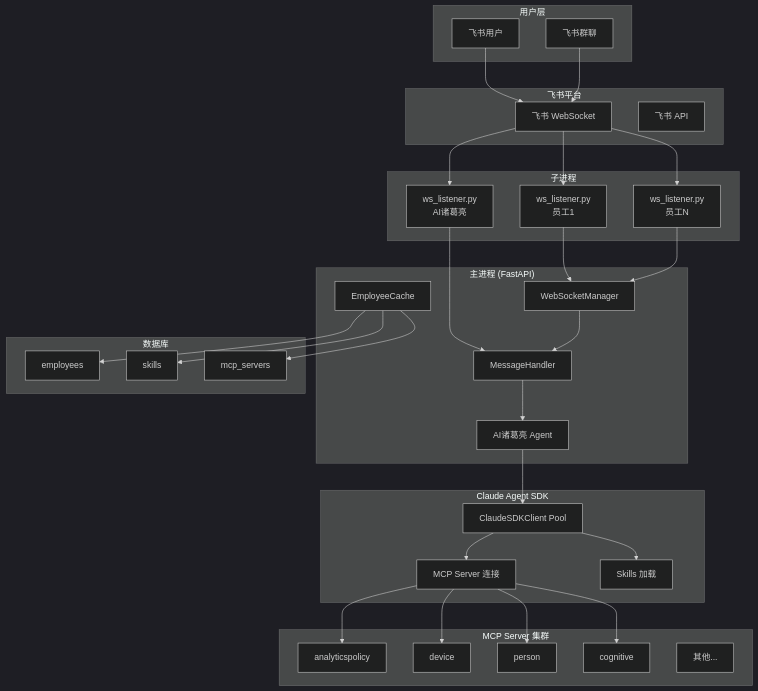
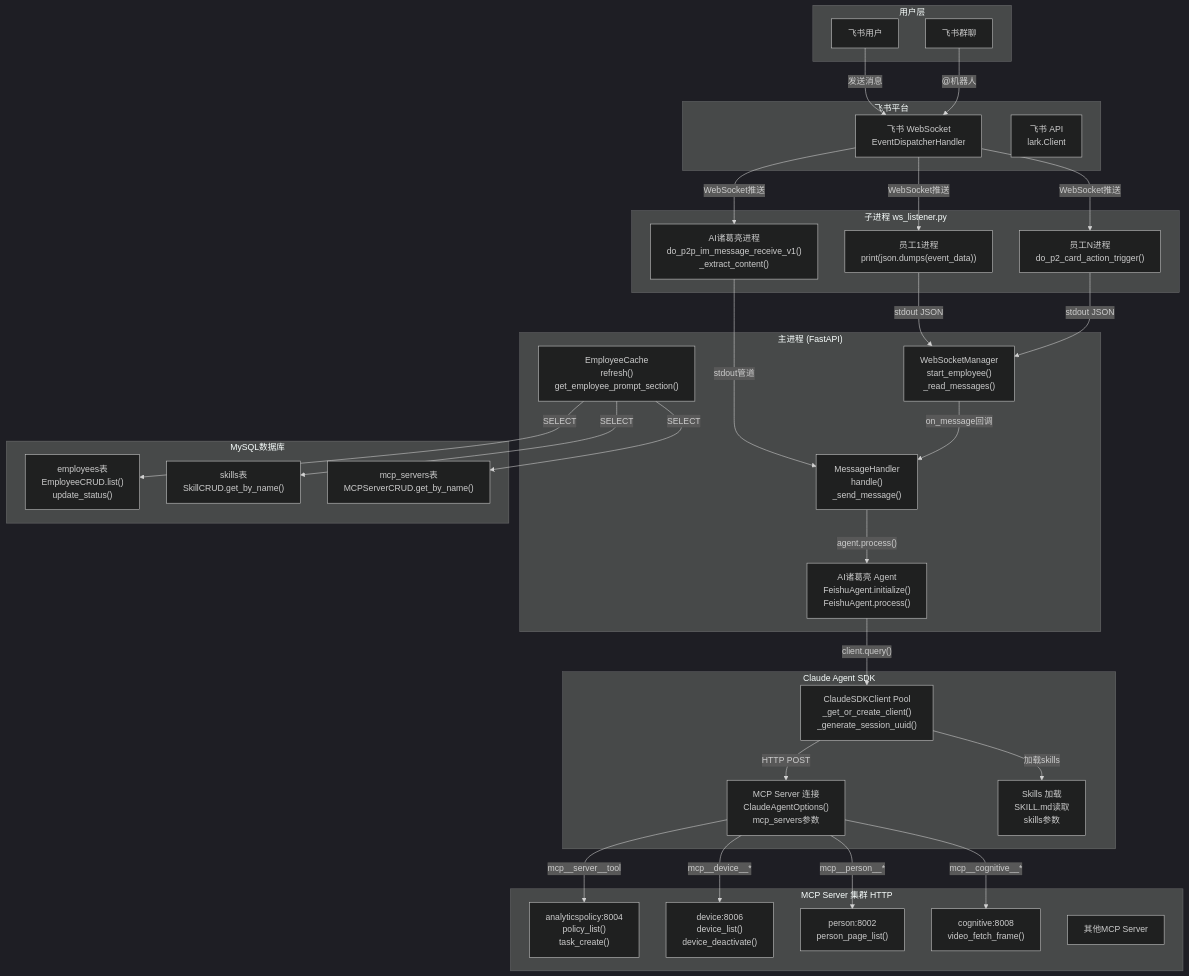
One commit to xiaocaipi/mm-doc changed the first of 8 diagrams in agent/code_flow_analysis_feishu_agent_deep.md. Above: the diagram before and after it, drawn with Mermaid (dark theme). The commit also changed other lines of this file, not shown here.

````diff
--- a/agent/code_flow_analysis_feishu_agent_deep.md
+++ b/agent/code_flow_analysis_feishu_agent_deep.md
@@ -23,66 +23,66 @@
 ```mermaid
 flowchart TB
     subgraph User["用户层"]
         U1["飞书用户"]
         U2["飞书群聊"]
     end
     
     subgraph Feishu["飞书平台"]
-        F1["飞书 WebSocket"]
-        F2["飞书 API"]
+        F1["飞书 WebSocket<br/>EventDispatcherHandler"]
+        F2["飞书 API<br/>lark.Client"]
     end
     
     subgraph MainProcess["主进程 (FastAPI)"]
-        M1["AI诸葛亮 Agent"]
-        M2["WebSocketManager"]
-        M3["EmployeeCache"]
-        M4["MessageHandler"]
+        M1["AI诸葛亮 Agent<br/>FeishuAgent.initialize()<br/>FeishuAgent.process()"]
+        M2["WebSocketManager<br/>start_employee()<br/>_read_messages()"]
+        M3["EmployeeCache<br/>refresh()<br/>get_employee_prompt_section()"]
+        M4["MessageHandler<br/>handle()<br/>_send_message()"]
     end
     
-    subgraph SubProcess["子进程"]
-        S1["ws_listener.py<br/>AI诸葛亮"]
-        S2["ws_listener.py<br/>员工1"]
-        S3["ws_listener.py<br/>员工N"]
+    subgraph SubProcess["子进程 ws_listener.py"]
+        S1["AI诸葛亮进程<br/>do_p2p_im_message_receive_v1()<br/>_extract_content()"]
+        S2["员工1进程<br/>print(json.dumps(event_data))"]
+        S3["员工N进程<br/>do_p2_card_action_trigger()"]
     end
     
     subgraph SDK["Claude Agent SDK"]
-        C1["ClaudeSDKClient Pool"]
-        C2["MCP Server 连接"]
-        C3["Skills 加载"]
+        C1["ClaudeSDKClient Pool<br/>_get_or_create_client()<br/>_generate_session_uuid()"]
+        C2["MCP Server 连接<br/>ClaudeAgentOptions()<br/>mcp_servers参数"]
+        C3["Skills 加载<br/>SKILL.md读取<br/>skills参数"]
     end
     
-    subgraph MCP["MCP Server 集群"]
-        P1["analyticspolicy"]
-        P2["device"]
-        P3["person"]
-        P4["cognitive"]
-        P5["其他..."]
+    subgraph MCP["MCP Server 集群 HTTP"]
+        P1["analyticspolicy:8004<br/>policy_list()<br/>task_create()"]
+        P2["device:8006<br/>device_list()<br/>device_deactivate()"]
+        P3["person:8002<br/>person_page_list()"]
+        P4["cognitive:8008<br/>video_fetch_frame()"]
+        P5["其他MCP Server"]
     end
     
-    subgraph Database["数据库"]
-        D1["employees"]
-        D2["skills"]
-        D3["mcp_servers"]
+    subgraph Database["MySQL数据库"]
+        D1["employees表<br/>EmployeeCRUD.list()<br/>update_status()"]
+        D2["skills表<br/>SkillCRUD.get_by_name()"]
+        D3["mcp_servers表<br/>MCPServerCRUD.get_by_name()"]
     end
     
-    U1 --> F1
-    U2 --> F1
-    F1 --> S1
-    F1 --> S2
-    F1 --> S3
-    S1 --> M4
-    S2 --> M2
-    S3 --> M2
-    M4 --> M1
-    M2 --> M4
-    M1 --> C1
-    C1 --> C2
-    C2 --> P1
-    C2 --> P2
-    C2 --> P3
-    C2 --> P4
-    C1 --> C3
-    M3 --> D1
-    M3 --> D2
-    M3 --> D3
+    U1 -->|"发送消息"| F1
+    U2 -->|"@机器人"| F1
+    F1 -->|"WebSocket推送"| S1
+    F1 -->|"WebSocket推送"| S2
+    F1 -->|"WebSocket推送"| S3
+    S1 -->|"stdout管道"| M4
+    S2 -->|"stdout JSON"| M2
+    S3 -->|"stdout JSON"| M2
+    M4 -->|"agent.process()"| M1
+    M2 -->|"on_message回调"| M4
+    M1 -->|"client.query()"| C1
+    C1 -->|"HTTP POST"| C2
+    C2 -->|"mcp__server__tool"| P1
+    C2 -->|"mcp__device__*"| P2
+    C2 -->|"mcp__person__*"| P3
+    C2 -->|"mcp__cognitive__*"| P4
+    C1 -->|"加载skills"| C3
+    M3 -->|"SELECT"| D1
+    M3 -->|"SELECT"| D2
+    M3 -->|"SELECT"| D3
 ```
````
